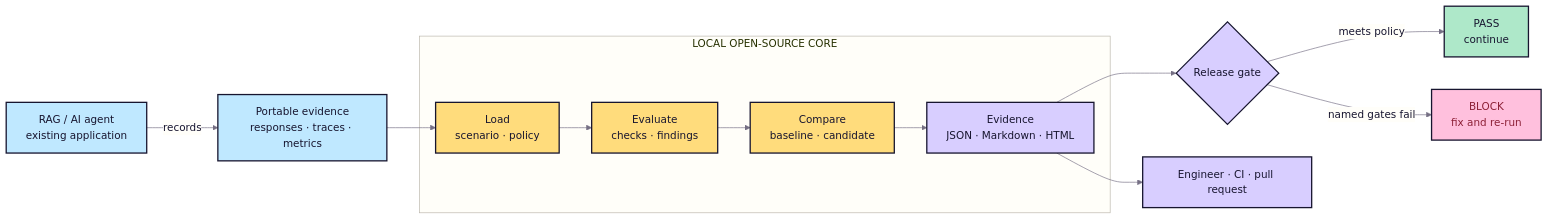
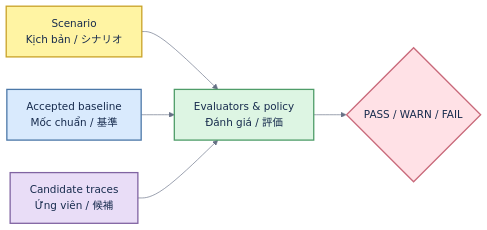
The diagram in README.md (thangldw/ragops), drawn with Mermaid before and after one commit. The commit also changed other lines of this file and 74 other files, not shown here.

````diff
--- a/README.md
+++ b/README.md
@@ -162,37 +7,17 @@
 ```mermaid
-%%{init: {"theme":"base","fontFamily":"system-ui, -apple-system, BlinkMacSystemFont, Segoe UI, sans-serif","flowchart":{"curve":"basis","htmlLabels":true},"themeVariables":{"background":"#f8f6f0","primaryColor":"#ffdc7c","primaryTextColor":"#17152f","primaryBorderColor":"#17152f","secondaryColor":"#bfe8ff","tertiaryColor":"#d8ceff","lineColor":"#756f84","edgeLabelBackground":"#fffef9","clusterBkg":"#fffef9","clusterBorder":"#b9b4aa"}}}%%
+%%{init: {"theme":"base","themeVariables":{"background":"#FFFFFF","fontFamily":"Arial, sans-serif","lineColor":"#667085","primaryTextColor":"#172B4D"}}}%%
 flowchart LR
-    APP["RAG / AI agent<br/>existing application"]
-    TRACE["Portable evidence<br/>responses · traces · metrics"]
-
-    subgraph CORE["LOCAL OPEN-SOURCE CORE"]
-        LOAD["Load<br/>scenario · policy"]
-        CHECK["Evaluate<br/>checks · findings"]
-        COMPARE["Compare<br/>baseline · candidate"]
-        REPORT["Evidence<br/>JSON · Markdown · HTML"]
-        LOAD --> CHECK --> COMPARE --> REPORT
-    end
-
-    GATE{"Release gate"}
-    PASS["PASS<br/>continue"]
-    BLOCK["BLOCK<br/>fix and re-run"]
-    REVIEW["Engineer · CI · pull request"]
-
-    APP -->|records| TRACE --> LOAD
-    REPORT --> GATE
-    GATE -->|meets policy| PASS
-    GATE -->|named gates fail| BLOCK
-    REPORT --> REVIEW
-
-    classDef source fill:#bfe8ff,stroke:#17152f,color:#17152f,stroke-width:2px;
-    classDef core fill:#ffdc7c,stroke:#17152f,color:#17152f,stroke-width:2px;
-    classDef report fill:#d8ceff,stroke:#17152f,color:#17152f,stroke-width:2px;
-    classDef pass fill:#aee8c9,stroke:#17152f,color:#17152f,stroke-width:2px;
-    classDef block fill:#ffc0dd,stroke:#17152f,color:#8d2037,stroke-width:2px;
-
-    class APP,TRACE source;
-    class LOAD,CHECK,COMPARE core;
-    class REPORT,GATE,REVIEW report;
-    class PASS pass;
-    class BLOCK block;
+    S["Scenario<br/>Kịch bản / シナリオ"]:::yellow
+    B["Accepted baseline<br/>Mốc chuẩn / 基準"]:::blue
+    C["Candidate traces<br/>Ứng viên / 候補"]:::purple
+    E["Evaluators & policy<br/>Đánh giá / 評価"]:::green
+    G{"PASS / WARN / FAIL"}:::pink
+    S --> E
+    B --> E
+    C --> E --> G
+    classDef yellow fill:#FFF4A3,stroke:#C9A227,stroke-width:2px,color:#172B4D
+    classDef blue fill:#D9EAFD,stroke:#4C78A8,stroke-width:2px,color:#172B4D
+    classDef purple fill:#E9DDF7,stroke:#8064A2,stroke-width:2px,color:#172B4D
+    classDef green fill:#DDF5E3,stroke:#4F9D69,stroke-width:2px,color:#172B4D
+    classDef pink fill:#FFE1E6,stroke:#C96A7B,stroke-width:2px,color:#172B4D
 ```
````
